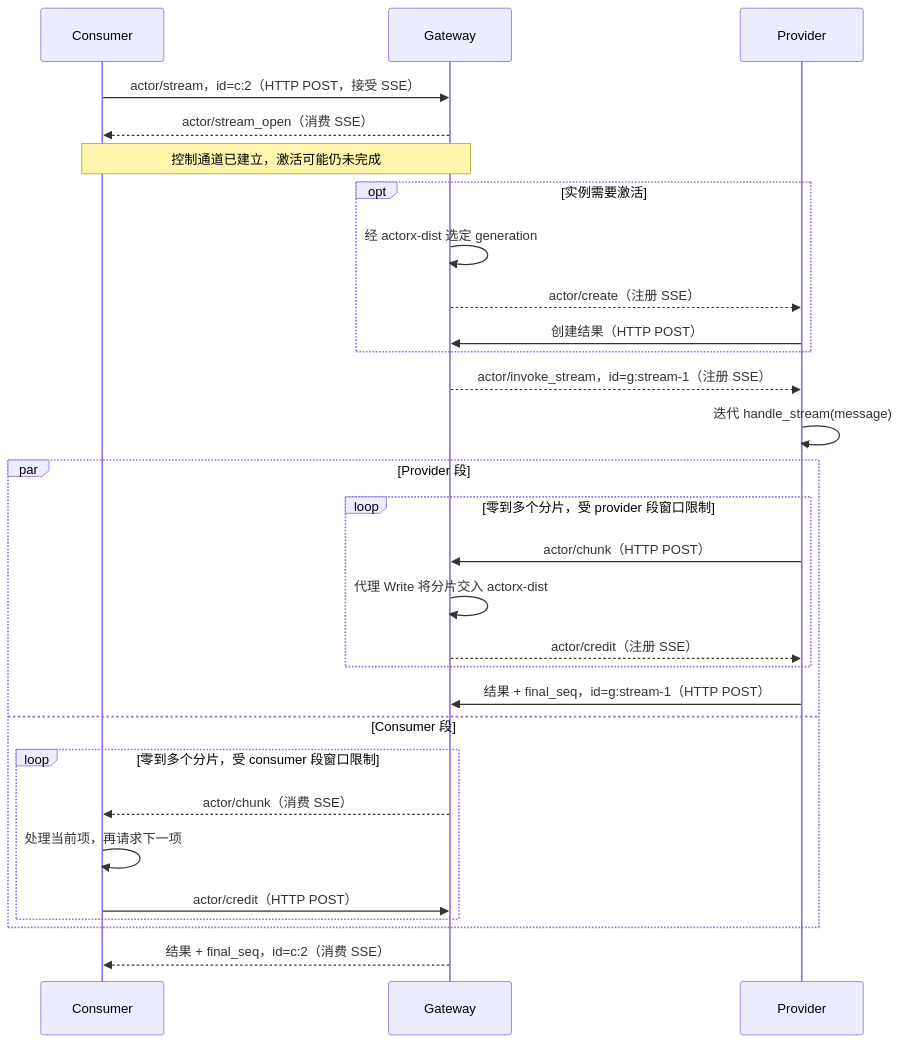
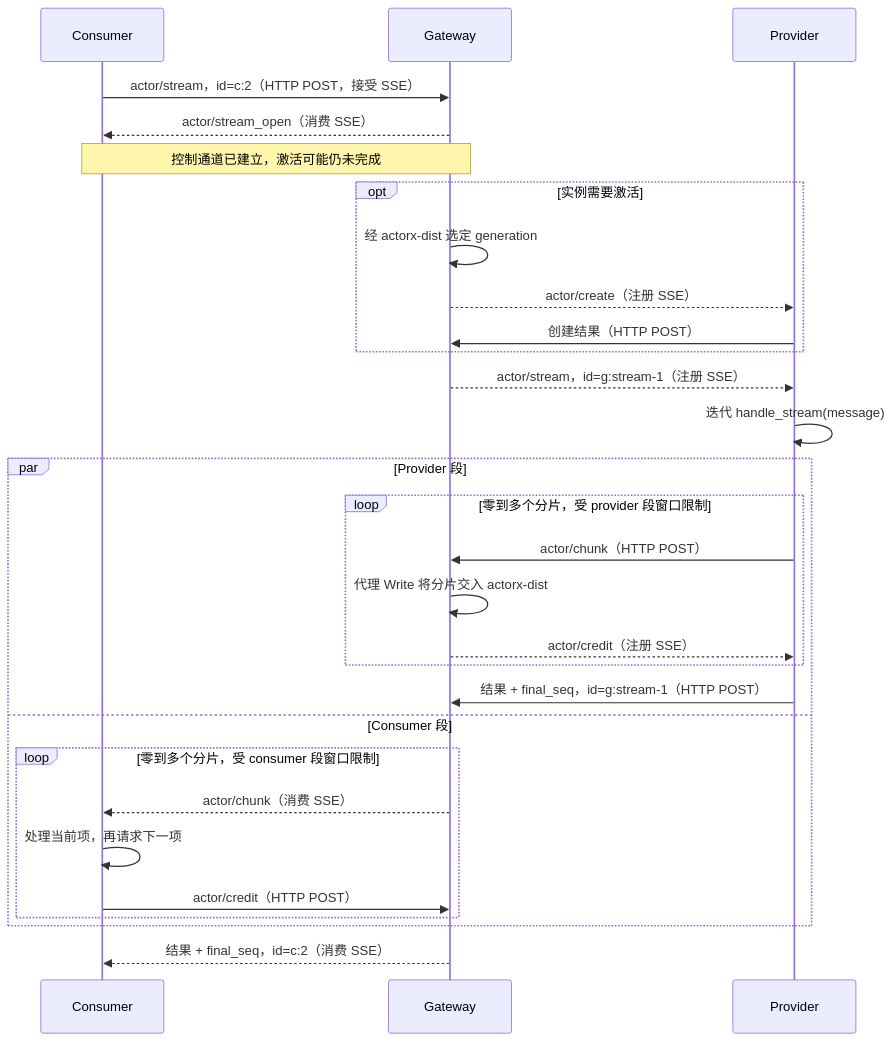
The third of 4 diagrams in remote/docs/protocol.zh.md (go-aie/actorx-dist), drawn with Mermaid before and after one commit. The commit also changed other lines of this file and 30 other files, not shown here.

````diff
--- a/remote/docs/protocol.zh.md
+++ b/remote/docs/protocol.zh.md
@@ -339,31 +341,31 @@
 ```mermaid
 sequenceDiagram
     participant C as Consumer
     participant G as Gateway
     participant P as Provider
     C->>G: actor/stream，id=c:2（HTTP POST，接受 SSE）
     G-->>C: actor/stream_open（消费 SSE）
     Note over C,G: 控制通道已建立，激活可能仍未完成
     opt 实例需要激活
         G->>G: 经 actorx-dist 选定 generation
         G-->>P: actor/create（注册 SSE）
         P->>G: 创建结果（HTTP POST）
     end
-    G-->>P: actor/invoke_stream，id=g:stream-1（注册 SSE）
+    G-->>P: actor/stream，id=g:stream-1（注册 SSE）
     P->>P: 迭代 handle_stream(message)
     par Provider 段
         loop 零到多个分片，受 provider 段窗口限制
             P->>G: actor/chunk（HTTP POST）
             G->>G: 代理 Write 将分片交入 actorx-dist
             G-->>P: actor/credit（注册 SSE）
         end
         P->>G: 结果 + final_seq，id=g:stream-1（HTTP POST）
     and Consumer 段
         loop 零到多个分片，受 consumer 段窗口限制
             G-->>C: actor/chunk（消费 SSE）
             C->>C: 处理当前项，再请求下一项
             C->>G: actor/credit（HTTP POST）
         end
     end
     G-->>C: 结果 + final_seq，id=c:2（消费 SSE）
 ```
````
